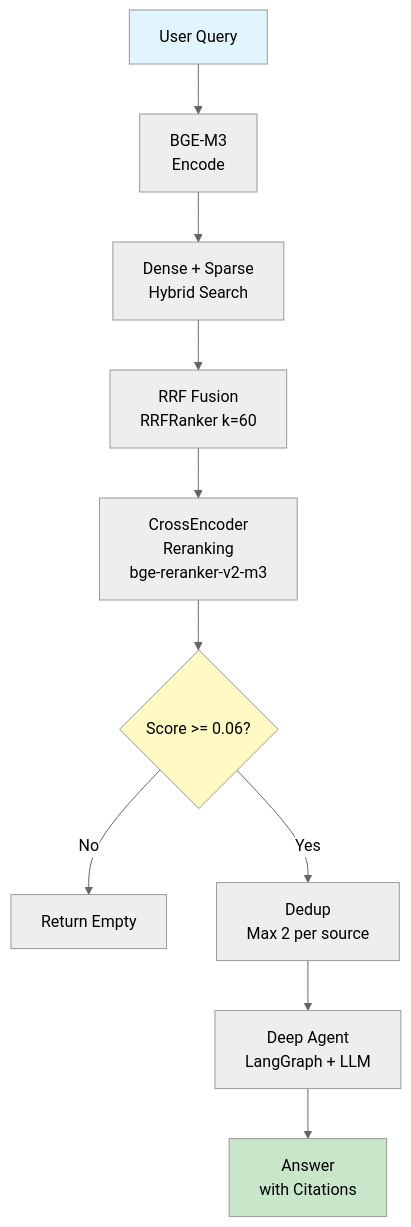
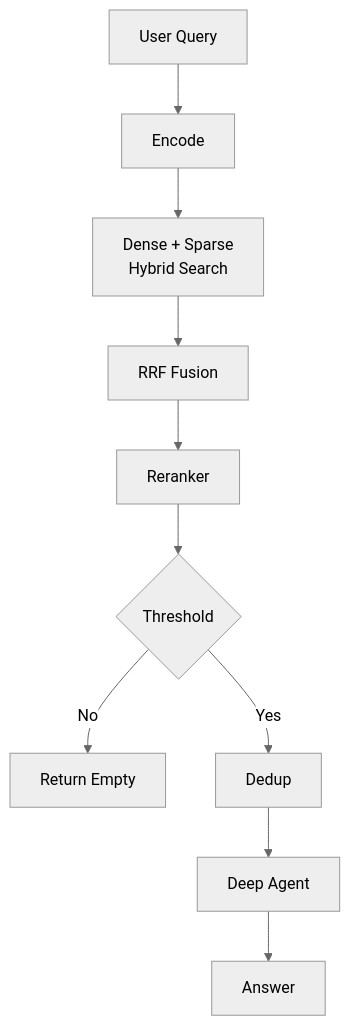
The second of 2 diagrams in README.md (lg114/RagMate), drawn with Mermaid (neutral theme) before and after one commit. The commit also changed other lines of this file and 1 other file, not shown here.

First line of the commit message:
Simplify README diagrams and descriptions

````diff
--- a/README.md
+++ b/README.md
@@ -47,16 +44,12 @@
 ```mermaid
 flowchart TD
-    Q[User Query] --> E[BGE-M3\nEncode]
+    Q[User Query] --> E[Encode]
     E --> S[Dense + Sparse\nHybrid Search]
-    S --> RRF[RRF Fusion\nRRFRanker k=60]
-    RRF --> RC[CrossEncoder\nReranking\nbge-reranker-v2-m3]
-    RC --> TH{Score >= 0.06?}
+    S --> RRF[RRF Fusion]
+    RRF --> RC[Reranker]
+    RC --> TH{Threshold}
     TH -- No --> EMPTY[Return Empty]
-    TH -- Yes --> DD[Dedup\nMax 2 per source]
-    DD --> LLM[Deep Agent\nLangGraph + LLM]
-    LLM --> ANS[Answer\nwith Citations]
-
-    style Q fill:#e1f5fe
-    style ANS fill:#c8e6c9
-    style TH fill:#fff9c4
+    TH -- Yes --> DD[Dedup]
+    DD --> LLM[Deep Agent]
+    LLM --> ANS[Answer]
 ```
````
